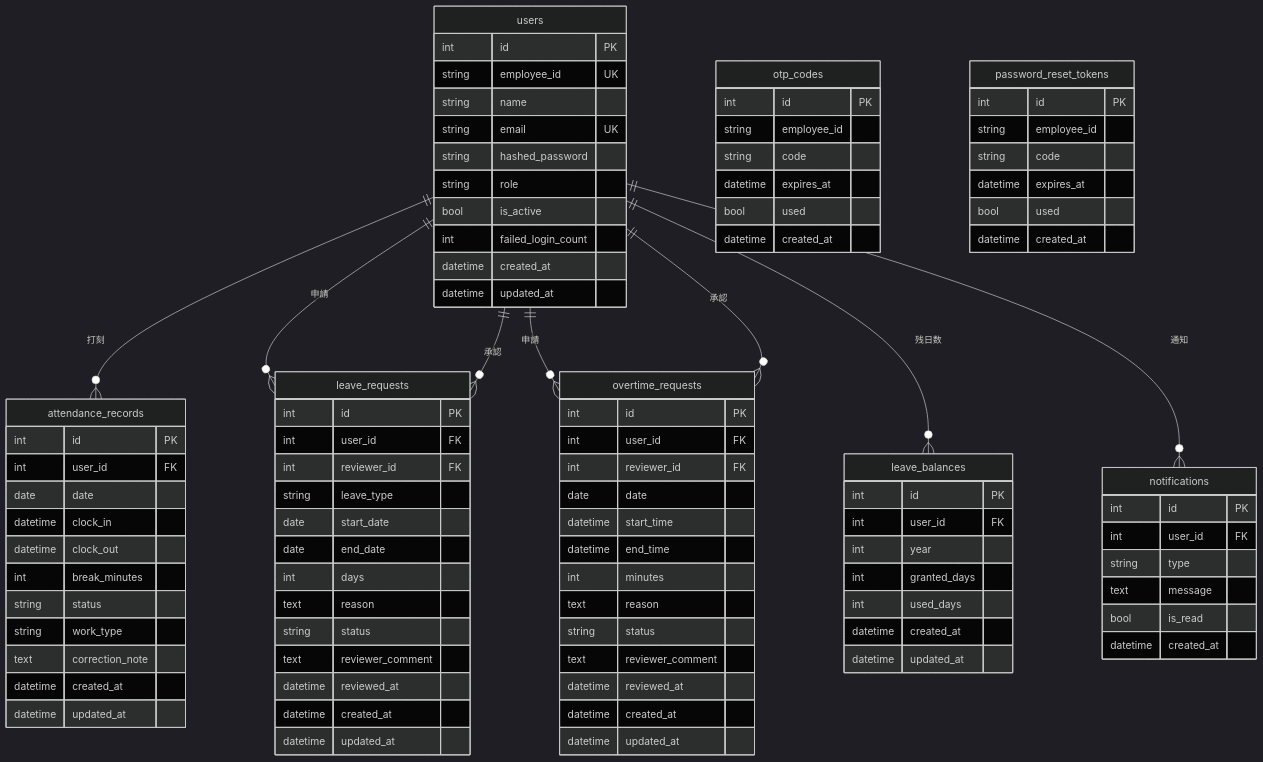
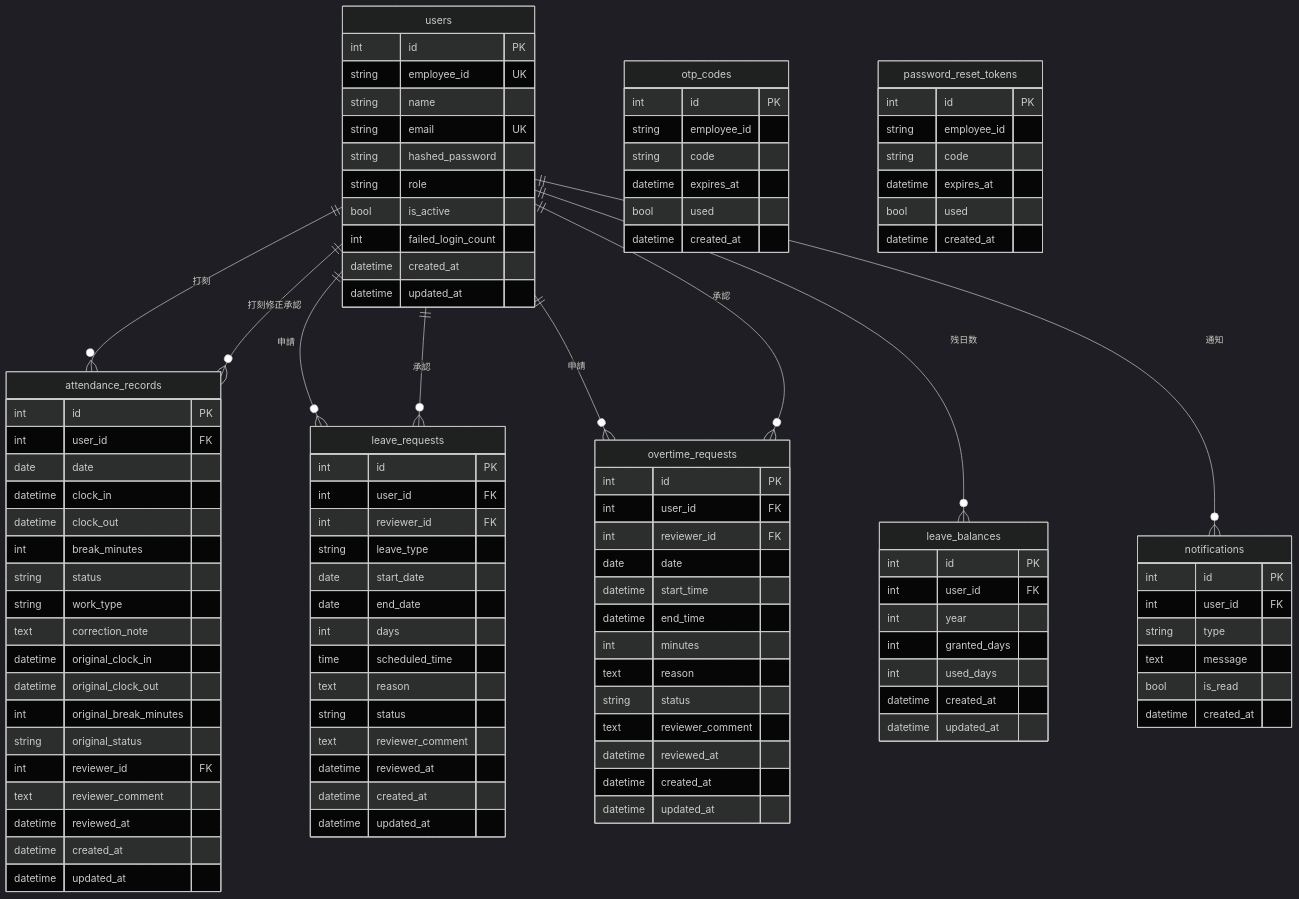
One commit to akki-secure/AttendEase changed the second of 2 diagrams in README.md. Above: the diagram before and after it, drawn with Mermaid (dark theme).

Commit message:
docs: E-R図をscheduled_time・打刻修正レビュー項目に合わせて更新
leave_requestsのscheduled_time、attendance_recordsの修正承認関連カラム（reviewer_id等）がE-R図から抜けていたため反映

````diff
--- a/README.md
+++ b/README.md
@@ -729,6 +729,13 @@
     string status
     string work_type
     text correction_note
+    datetime original_clock_in
+    datetime original_clock_out
+    int original_break_minutes
+    string original_status
+    int reviewer_id FK
+    text reviewer_comment
+    datetime reviewed_at
     datetime created_at
     datetime updated_at
   }
@@ -741,6 +748,7 @@
     date start_date
     date end_date
     int days
+    time scheduled_time
     text reason
     string status
     text reviewer_comment
@@ -809,4 +817,5 @@
   users ||--o{ notifications : "通知"
   users ||--o{ leave_requests : "承認"
   users ||--o{ overtime_requests : "承認"
+  users ||--o{ attendance_records : "打刻修正承認"
 ```
````
